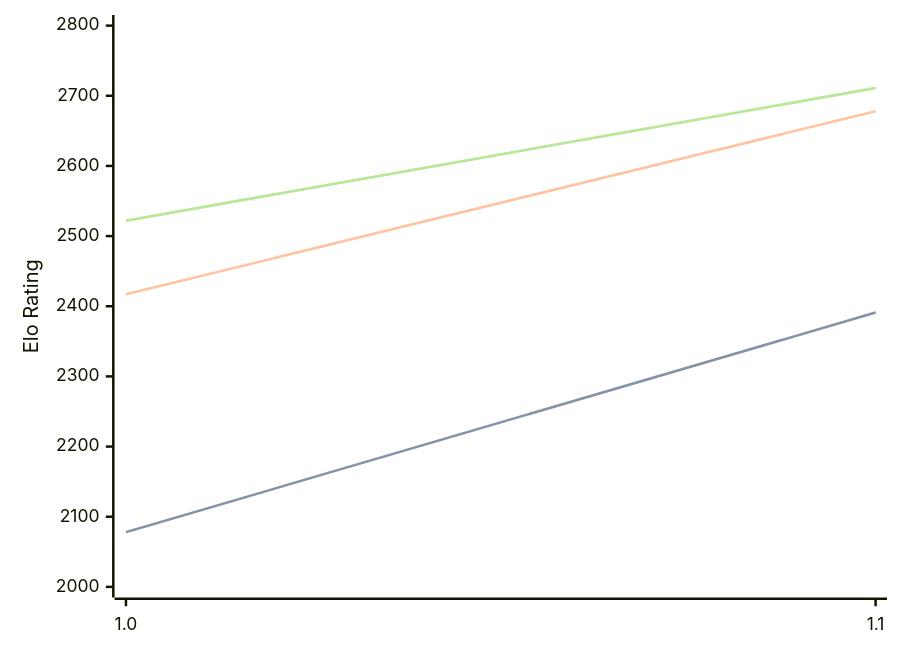
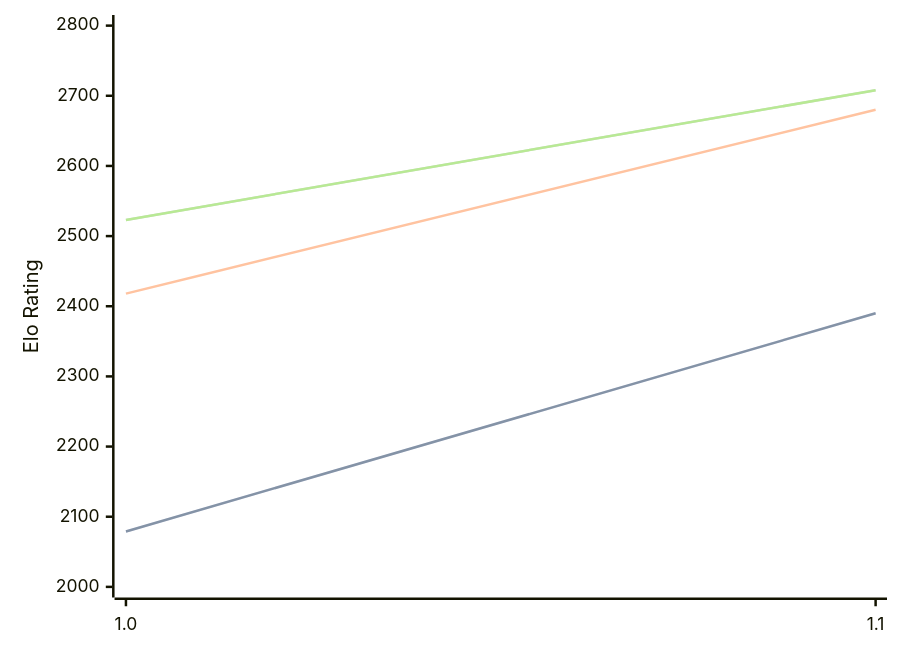
Before and after one commit to computer-chess-index/cci: the diagram in engines/Erinn.md, drawn with Mermaid. The commit also changed other lines of this file, not shown here.

Commit message:
Update CCI Ratings (ELO VLTC) - 2026-07-25

````diff
--- a/engines/Erinn.md
+++ b/engines/Erinn.md
@@ -32,11 +32,11 @@
 ```mermaid
 %%{init: {"theme":"base","themeVariables":{"seriesColors:['#a3a3a3','#222221','#faa371']}}}%%
 xychart-beta
   x-axis ["1.0", "1.1"]
   y-axis "Elo Rating" 2000 --> 2800
-  line "STC (8.0+0.08s)" [2078, 2391]
-  line "STC (8.0+0.08s)" [2078, 2391]
-  line "LTC (60.0+0.60s)" [2417, 2678]
-  line "VLTC (2m24s+1.12s)" [2522, 2711]
-  line "VLTC (2m24s+1.12s)" [2522, 2711]
+  line "STC (8.0+0.08s)" [2079, 2390]
+  line "STC (8.0+0.08s)" [2079, 2390]
+  line "LTC (60.0+0.60s)" [2418, 2680]
+  line "VLTC (2m24s+1.12s)" [2523, 2708]
+  line "VLTC (2m24s+1.12s)" [2523, 2708]
 ```
````
